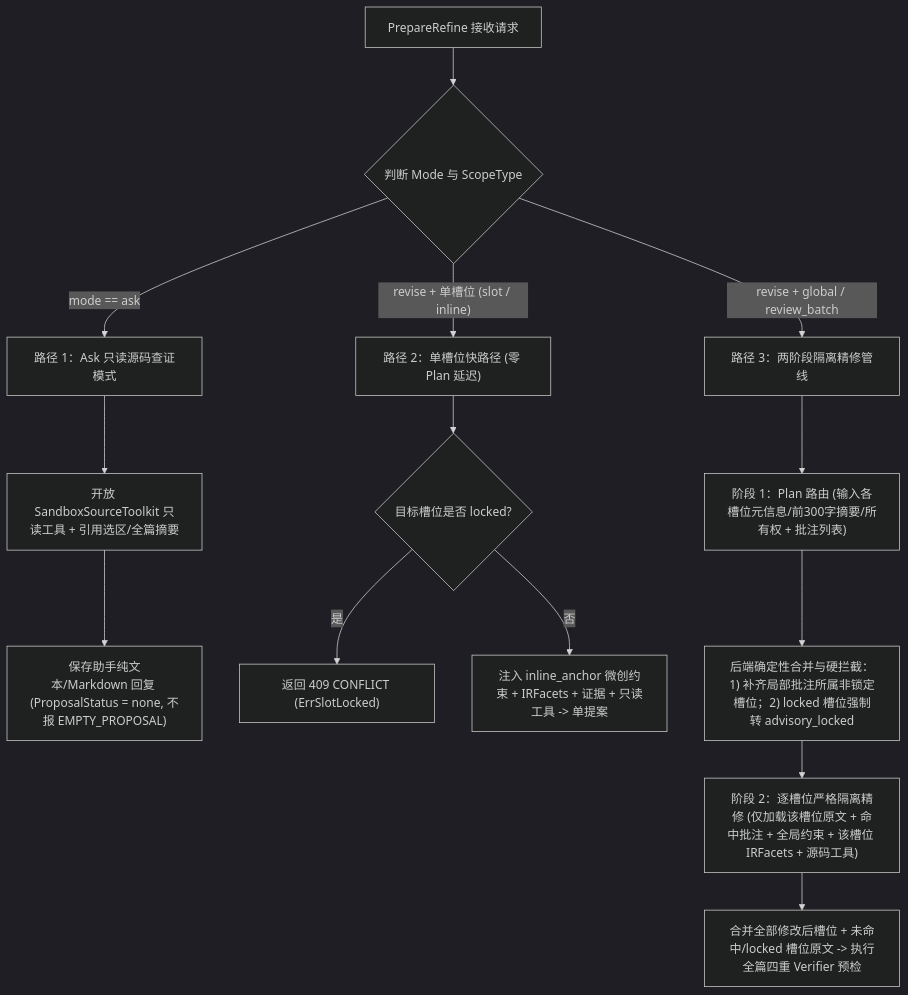
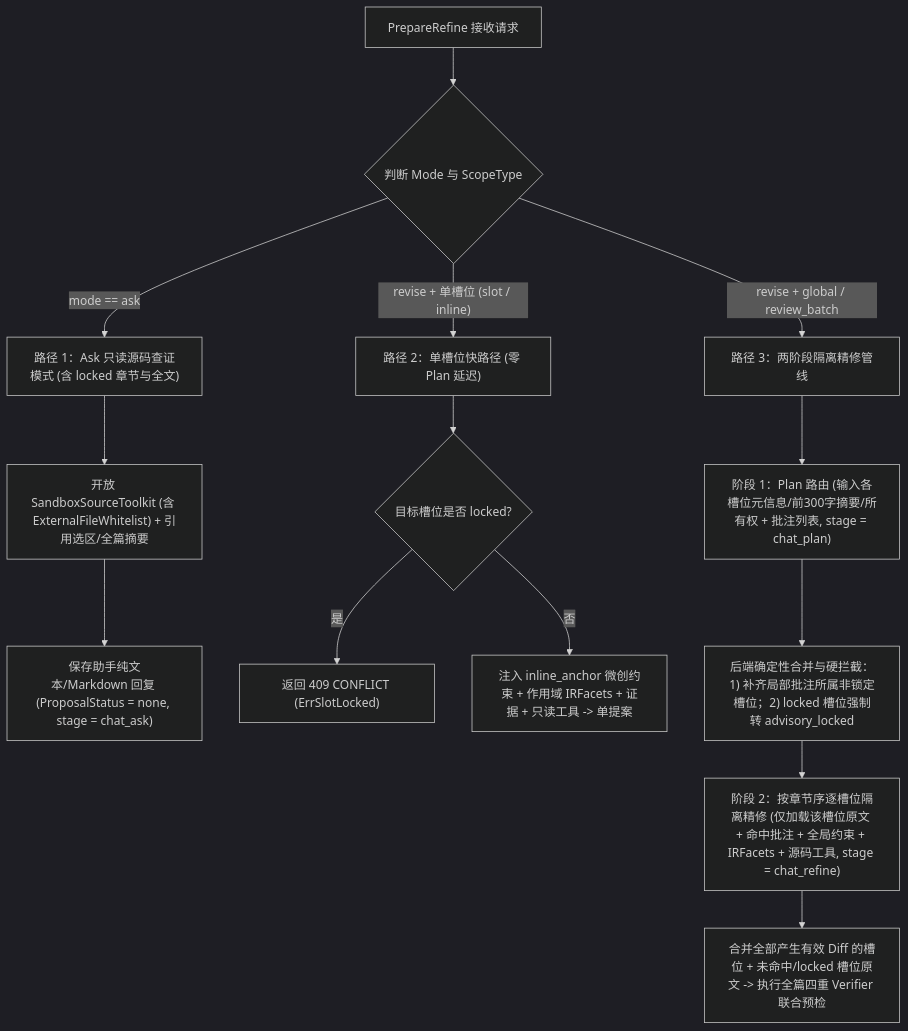
The second of 2 diagrams in docs/05-adr/06-document-review-and-refine-studio.md (fugui/code-archdoc), drawn with Mermaid (dark theme) before and after one commit. The commit also changed other lines of this file, not shown here.

````diff
--- a/docs/05-adr/06-document-review-and-refine-studio.md
+++ b/docs/05-adr/06-document-review-and-refine-studio.md
@@ -209,19 +226,19 @@
 ```mermaid
 flowchart TD
     Req["PrepareRefine 接收请求"] --> ModeCheck{"判断 Mode 与 ScopeType"}
 
-    ModeCheck -->|"mode == ask"| PathAsk["路径 1：Ask 只读源码查证模式"]
-    PathAsk --> AskTools["开放 SandboxSourceToolkit 只读工具 + 引用选区/全篇摘要"]
-    AskTools --> AskSave["保存助手纯文本/Markdown 回复 (ProposalStatus = none, 不报 EMPTY_PROPOSAL)"]
+    ModeCheck -->|"mode == ask"| PathAsk["路径 1：Ask 只读源码查证模式 (含 locked 章节与全文)"]
+    PathAsk --> AskTools["开放 SandboxSourceToolkit (含 ExternalFileWhitelist) + 引用选区/全篇摘要"]
+    AskTools --> AskSave["保存助手纯文本/Markdown 回复 (ProposalStatus = none, stage = chat_ask)"]
 
     ModeCheck -->|"revise + 单槽位 (slot / inline)"| PathSingle["路径 2：单槽位快路径 (零 Plan 延迟)"]
     PathSingle --> SingleLock{"目标槽位是否 locked?"}
     SingleLock -->|"是"| Reject409["返回 409 CONFLICT (ErrSlotLocked)"]
-    SingleLock -->|"否"| SingleRefine["注入 inline_anchor 微创约束 + IRFacets + 证据 + 只读工具 -> 单提案"]
+    SingleLock -->|"否"| SingleRefine["注入 inline_anchor 微创约束 + 作用域 IRFacets + 证据 + 只读工具 -> 单提案"]
 
     ModeCheck -->|"revise + global / review_batch"| PathBatch["路径 3：两阶段隔离精修管线"]
-    PathBatch --> P1["阶段 1：Plan 路由 (输入各槽位元信息/前300字摘要/所有权 + 批注列表)"]
+    PathBatch --> P1["阶段 1：Plan 路由 (输入各槽位元信息/前300字摘要/所有权 + 批注列表, stage = chat_plan)"]
     P1 --> Guard["后端确定性合并与硬拦截：1) 补齐局部批注所属非锁定槽位；2) locked 槽位强制转 advisory_locked"]
-    Guard --> P2["阶段 2：逐槽位严格隔离精修 (仅加载该槽位原文 + 命中批注 + 全局约束 + 该槽位 IRFacets + 源码工具)"]
-    P2 --> JointVerify["合并全部修改后槽位 + 未命中/locked 槽位原文 -> 执行全篇四重 Verifier 预检"]
+    Guard --> P2["阶段 2：按章节序逐槽位隔离精修 (仅加载该槽位原文 + 命中批注 + 全局约束 + IRFacets + 源码工具, stage = chat_refine)"]
+    P2 --> JointVerify["合并全部产生有效 Diff 的槽位 + 未命中/locked 槽位原文 -> 执行全篇四重 Verifier 联合预检"]
 ```
````
